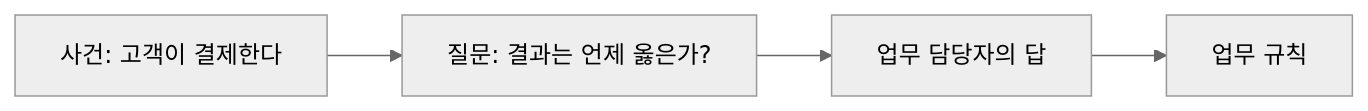
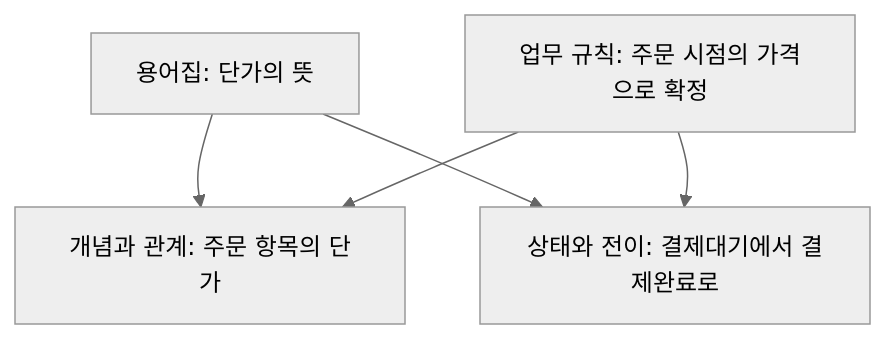
The first of 8 diagrams in courses/ai-native/sessions/s03.md (YoungSan77/TrainingMaterials), drawn with Mermaid (neutral theme) before and after one commit. The commit also changed other lines of this file and 198 other files, not shown here.

````diff
--- a/courses/ai-native/sessions/s03.md
+++ b/courses/ai-native/sessions/s03.md
@@ -194,4 +45,7 @@
 ```mermaid
-flowchart LR
-    E["사건: 고객이 결제한다"] --> Q["질문: 결과는 언제 옳은가?"] --> A["업무 담당자의 답"] --> R["업무 규칙"]
+flowchart TB
+    V["용어집: 단가의 뜻"] --> C["개념과 관계: 주문 항목의 단가"]
+    V --> S["상태와 전이: 결제대기에서 결제완료로"]
+    R["업무 규칙: 주문 시점의 가격으로 확정"] --> C
+    R --> S
 ```
````
